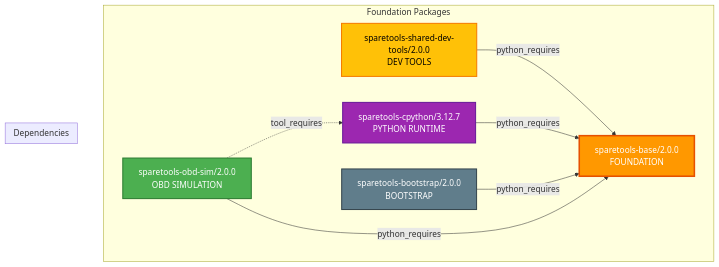
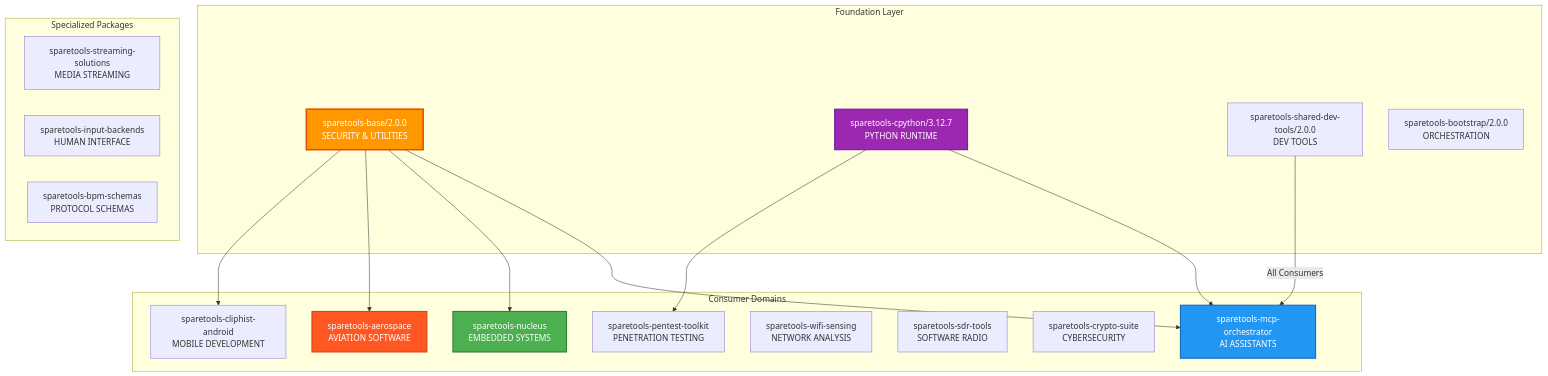
Before and after one commit to sparesparrow/sparetools: the first of 3 diagrams in README.md, drawn with Mermaid. The commit also changed other lines of this file and 16 other files, not shown here.

````diff
--- a/README.md
+++ b/README.md
@@ -92,24 +106,40 @@
 ```mermaid
 graph TD
-    subgraph "Foundation Packages"
-        base[sparetools-base/2.0.0<br/>FOUNDATION]
+    subgraph "Foundation Layer"
+        base[sparetools-base/2.0.0<br/>SECURITY & UTILITIES]
         cpython[sparetools-cpython/3.12.7<br/>PYTHON RUNTIME]
         shared[sparetools-shared-dev-tools/2.0.0<br/>DEV TOOLS]
-        bootstrap[sparetools-bootstrap/2.0.0<br/>BOOTSTRAP]
-        obd[sparetools-obd-sim/2.0.0<br/>OBD SIMULATION]
+        bootstrap[sparetools-bootstrap/2.0.0<br/>ORCHESTRATION]
     end
 
-    subgraph "Dependencies"
-        shared -->|python_requires| base
-        cpython -->|python_requires| base
-        bootstrap -->|python_requires| base
-        obd -->|python_requires| base
-        obd -.->|tool_requires| cpython
+    subgraph "Consumer Domains"
+        mcp[sparetools-mcp-orchestrator<br/>AI ASSISTANTS]
+        esp32[sparetools-nucleus<br/>EMBEDDED SYSTEMS]
+        aerospace[sparetools-aerospace<br/>AVIATION SOFTWARE]
+        android[sparetools-cliphist-android<br/>MOBILE DEVELOPMENT]
+        wifi[sparetools-wifi-sensing<br/>NETWORK ANALYSIS]
+        sdr[sparetools-sdr-tools<br/>SOFTWARE RADIO]
+        security[sparetools-crypto-suite<br/>CYBERSECURITY]
+        pentest[sparetools-pentest-toolkit<br/>PENETRATION TESTING]
     end
+
+    subgraph "Specialized Packages"
+        streaming[sparetools-streaming-solutions<br/>MEDIA STREAMING]
+        input[sparetools-input-backends<br/>HUMAN INTERFACE]
+        schemas[sparetools-bpm-schemas<br/>PROTOCOL SCHEMAS]
+    end
+
+    base --> mcp
+    base --> esp32
+    base --> aerospace
+    base --> android
+    cpython --> mcp
+    cpython --> pentest
+    shared -->|All Consumers| mcp
 
     style base fill:#FF9800,stroke:#E65100,color:#fff,stroke-width:3px
     style cpython fill:#9C27B0,stroke:#6A1B9A,color:#fff,stroke-width:2px
-    style shared fill:#FFC107,stroke:#F57C00,color:#000,stroke-width:2px
-    style bootstrap fill:#607D8B,stroke:#37474F,color:#fff,stroke-width:2px
-    style obd fill:#4CAF50,stroke:#2E7D32,color:#fff,stroke-width:2px
+    style mcp fill:#2196F3,stroke:#1565C0,color:#fff,stroke-width:2px
+    style esp32 fill:#4CAF50,stroke:#2E7D32,color:#fff,stroke-width:2px
+    style aerospace fill:#FF5722,stroke:#D84315,color:#fff,stroke-width:2px
 ```
````
